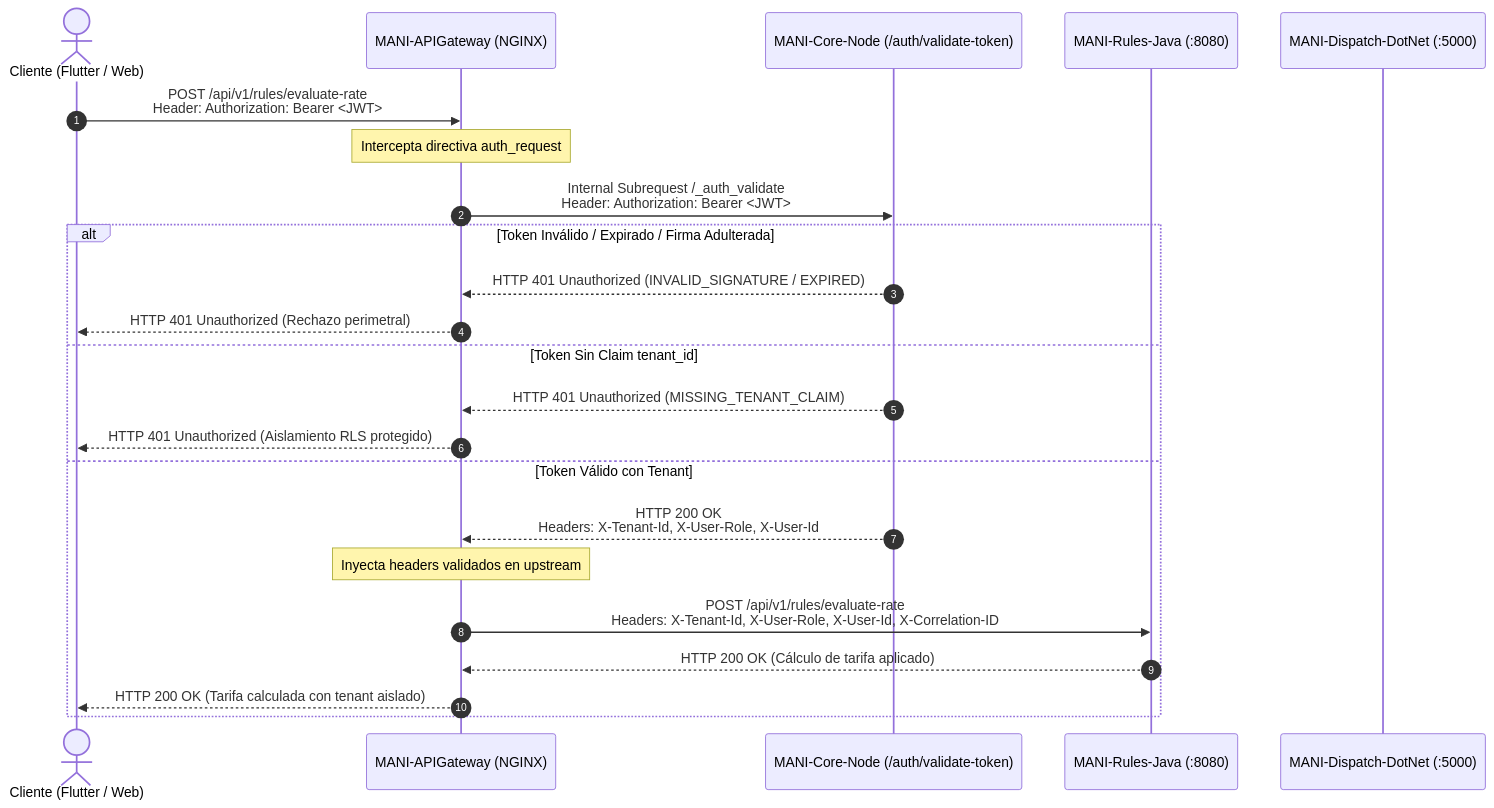
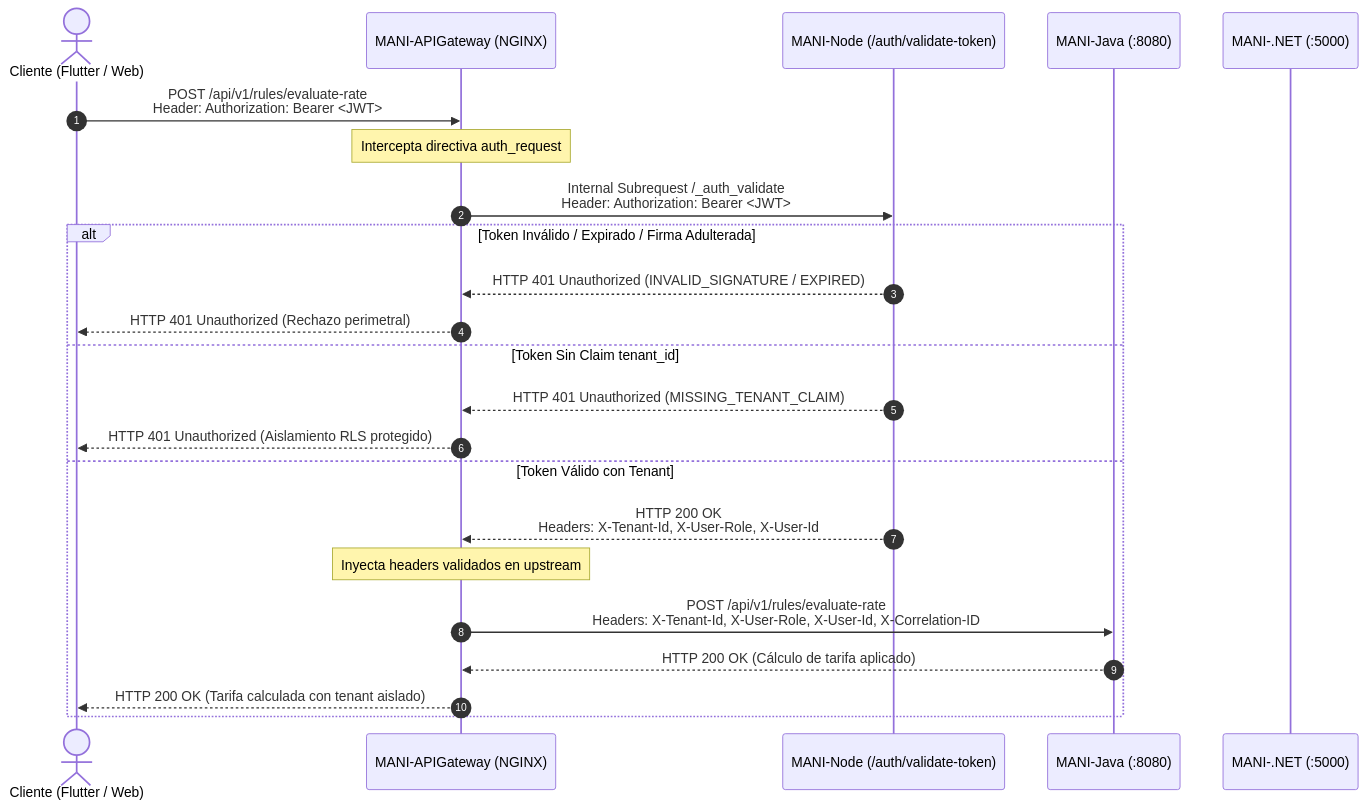
Before and after one commit to Trama-AS/MANI-docs: the diagram in wiki/02-arquitectura/adr/ADR-0031-politica-configuracion-jwt-ambientes.md, drawn with Mermaid. The commit also changed other lines of this file and 93 other files, not shown here.

````diff
--- a/wiki/02-arquitectura/adr/ADR-0031-politica-configuracion-jwt-ambientes.md
+++ b/wiki/02-arquitectura/adr/ADR-0031-politica-configuracion-jwt-ambientes.md
@@ -92,27 +92,27 @@
 ```mermaid
 sequenceDiagram
     autonumber
     actor Cliente as Cliente (Flutter / Web)
     participant Gateway as MANI-APIGateway (NGINX)
-    participant Core as MANI-Core-Node (/auth/validate-token)
-    participant Rules as MANI-Rules-Java (:8080)
-    participant Dispatch as MANI-Dispatch-DotNet (:5000)
+    participant Core as MANI-Node (/auth/validate-token)
+    participant Rules as MANI-Java (:8080)
+    participant Dispatch as MANI-.NET (:5000)
 
     Cliente->>Gateway: POST /api/v1/rules/evaluate-rate<br/>Header: Authorization: Bearer <JWT>
     Note over Gateway: Intercepta directiva auth_request
     Gateway->>Core: Internal Subrequest /_auth_validate<br/>Header: Authorization: Bearer <JWT>
     
     alt Token Inválido / Expirado / Firma Adulterada
         Core-->>Gateway: HTTP 401 Unauthorized (INVALID_SIGNATURE / EXPIRED)
         Gateway-->>Cliente: HTTP 401 Unauthorized (Rechazo perimetral)
     else Token Sin Claim tenant_id
         Core-->>Gateway: HTTP 401 Unauthorized (MISSING_TENANT_CLAIM)
         Gateway-->>Cliente: HTTP 401 Unauthorized (Aislamiento RLS protegido)
     else Token Válido con Tenant
         Core-->>Gateway: HTTP 200 OK<br/>Headers: X-Tenant-Id, X-User-Role, X-User-Id
         Note over Gateway: Inyecta headers validados en upstream
         Gateway->>Rules: POST /api/v1/rules/evaluate-rate<br/>Headers: X-Tenant-Id, X-User-Role, X-User-Id, X-Correlation-ID
         Rules-->>Gateway: HTTP 200 OK (Cálculo de tarifa aplicado)
         Gateway-->>Cliente: HTTP 200 OK (Tarifa calculada con tenant aislado)
     end
 ```
````
